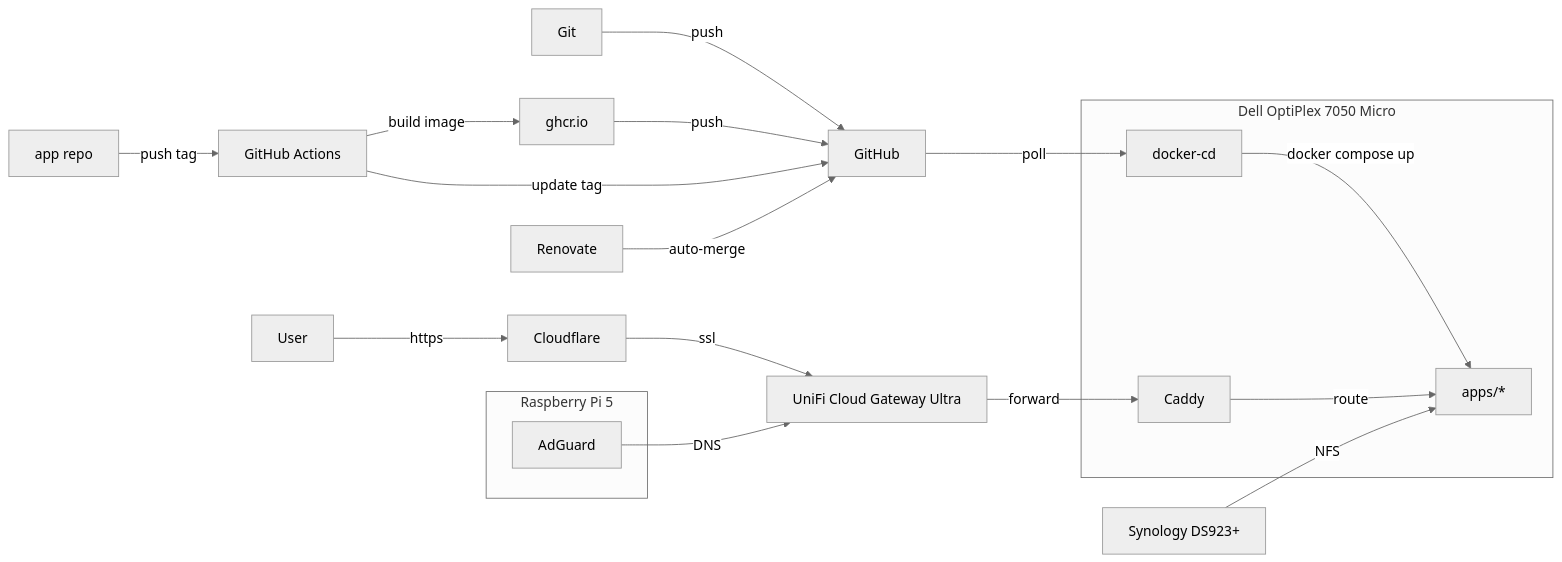
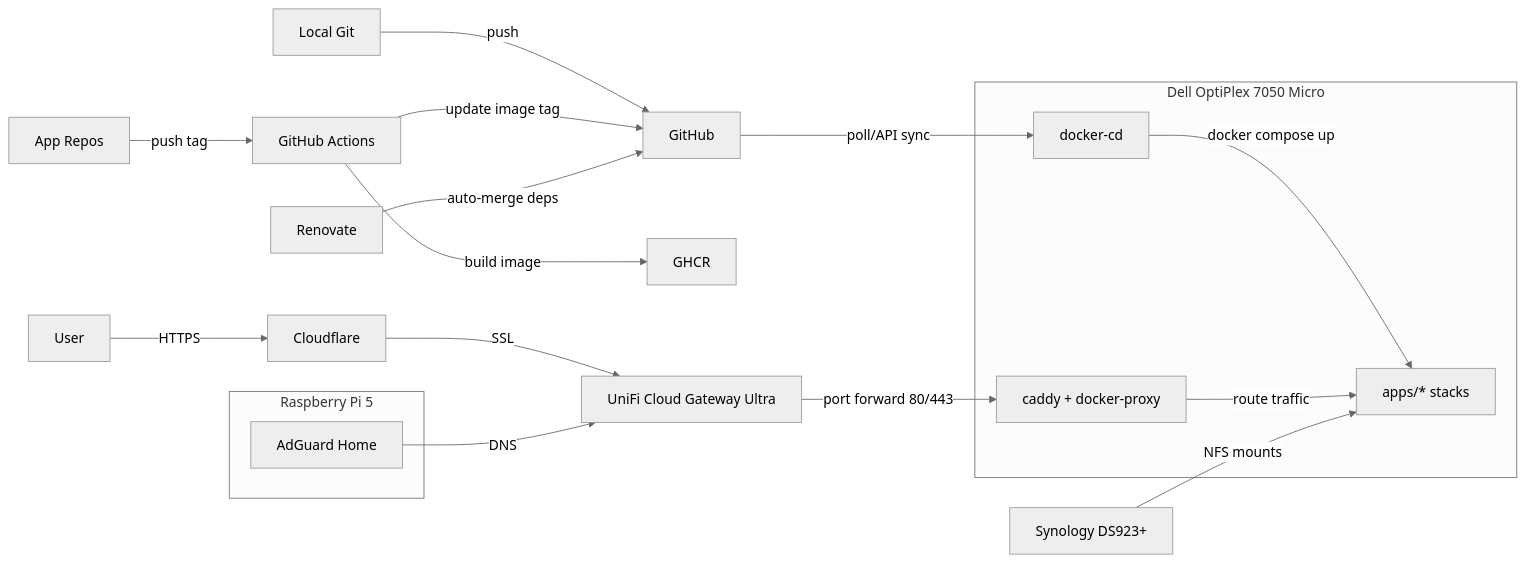
Before and after one commit to wajeht/home-ops: the diagram in README.md, drawn with Mermaid (neutral theme).

Commit message:
docs: update architecture diagram to reflect current setup

````diff
--- a/README.md
+++ b/README.md
@@ -16,19 +16,24 @@
 ```mermaid
 flowchart LR
-    subgraph Dell[Dell OptiPlex 7050 Micro]
-        docker-cd -->|docker compose up| Apps[apps/*]
-        Caddy -->|route| Apps
+    local_git[Local Git] -->|push| github[GitHub]
+    app_repo[App Repos] -->|push tag| actions[GitHub Actions]
+    actions -->|build image| ghcr[GHCR]
+    actions -->|update image tag| github
+    renovate[Renovate] -->|auto-merge deps| github
+    github -->|poll/API sync| docker_cd[docker-cd]
+
+    subgraph dell[Dell OptiPlex 7050 Micro]
+        docker_cd -->|docker compose up| apps[apps/* stacks]
+        caddy[caddy + docker-proxy] -->|route traffic| apps
     end
 
-    Git -->|push| GitHub -->|poll| docker-cd
-    AppRepo[app repo] -->|push tag| Actions[GitHub Actions]
-    Actions -->|build image| GHCR[ghcr.io] -->|push|GitHub
-    Actions -->|update tag| GitHub
-    Renovate -->|auto-merge| GitHub
-    User -->|https| Cloudflare -->|ssl| UniFi[UniFi Cloud Gateway Ultra] -->|forward| Caddy
-    NAS[Synology DS923+] -->|NFS| Apps
-    subgraph Pi[Raspberry Pi 5]
-        AdGuard
+    user[User] -->|HTTPS| cloudflare[Cloudflare]
+    cloudflare -->|SSL| unifi[UniFi Cloud Gateway Ultra]
+    unifi -->|port forward 80/443| caddy
+
+    nas[Synology DS923+] -->|NFS mounts| apps
+    subgraph pi[Raspberry Pi 5]
+        adguard[AdGuard Home]
     end
-    AdGuard -->|DNS| UniFi
+    adguard -->|DNS| unifi
 ```
````
